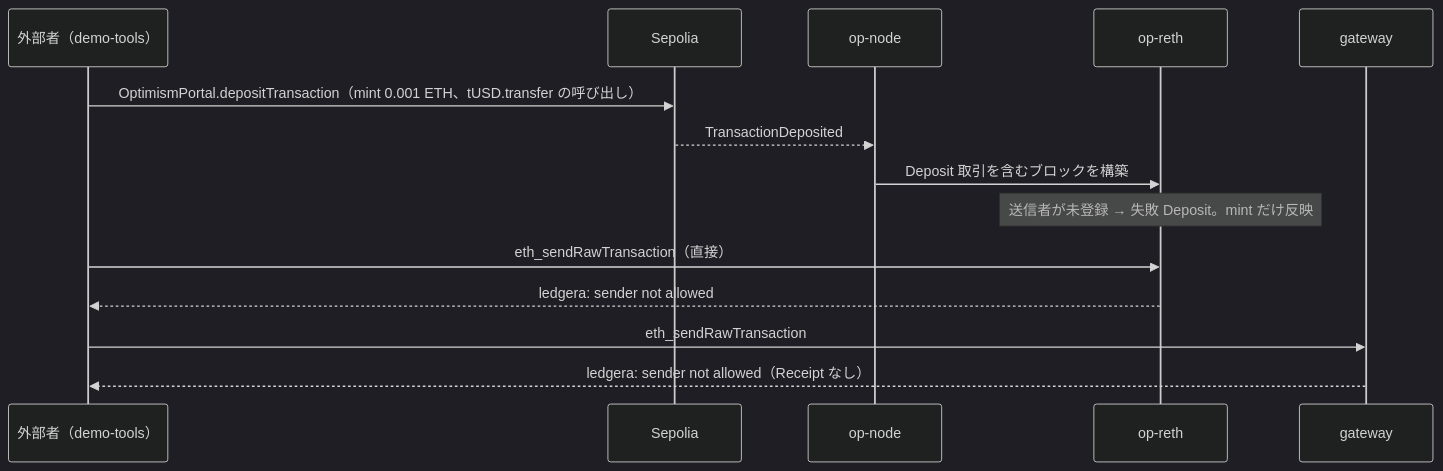
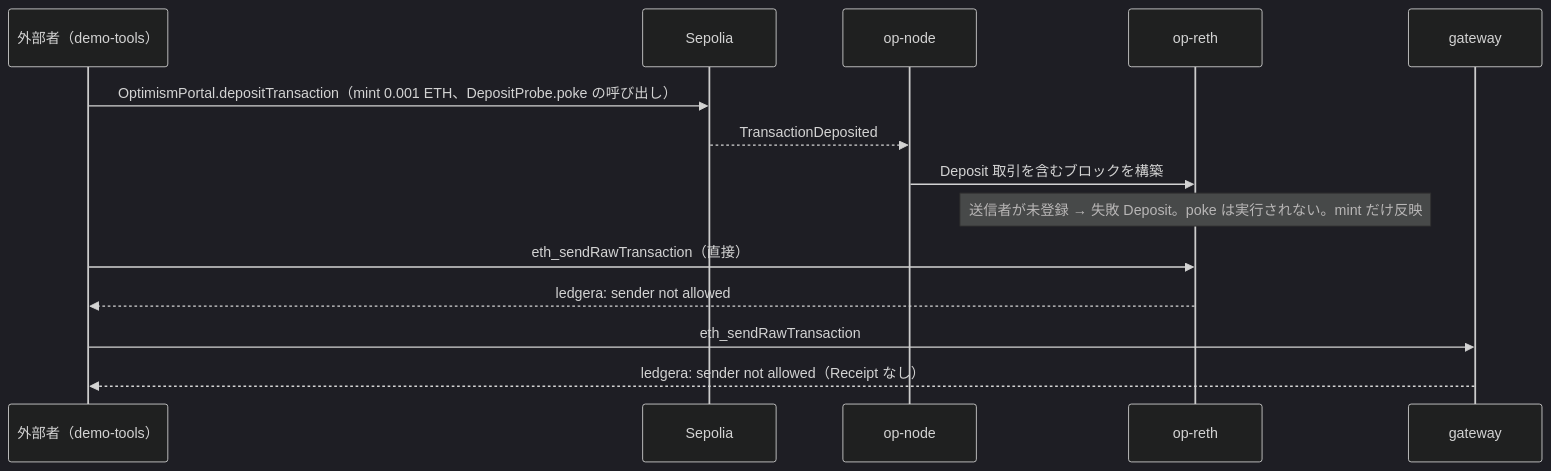
The fourth of 7 diagrams in docs/09-flows.md (kuriyosh/ledger-a), drawn with Mermaid (dark theme) before and after one commit. The commit also changed other lines of this file and 13 other files, not shown here.

Commit message:
docs: add read-only rpc-proxy, DepositProbe, control node, and demo replay to design to close ordering and KYC verification gaps

````diff
--- a/docs/09-flows.md
+++ b/docs/09-flows.md
@@ -183,17 +186,17 @@
 ```mermaid
 sequenceDiagram
   participant AT as 外部者（demo-tools）
   participant L1 as Sepolia
   participant ON as op-node
   participant OR as op-reth
   participant GW as gateway
 
-  AT->>L1: OptimismPortal.depositTransaction（mint 0.001 ETH、tUSD.transfer の呼び出し）
+  AT->>L1: OptimismPortal.depositTransaction（mint 0.001 ETH、DepositProbe.poke の呼び出し）
   L1-->>ON: TransactionDeposited
   ON->>OR: Deposit 取引を含むブロックを構築
-  Note over OR: 送信者が未登録 → 失敗 Deposit。mint だけ反映
+  Note over OR: 送信者が未登録 → 失敗 Deposit。poke は実行されない。mint だけ反映
   AT->>OR: eth_sendRawTransaction（直接）
   OR-->>AT: ledgera: sender not allowed
   AT->>GW: eth_sendRawTransaction
   GW-->>AT: ledgera: sender not allowed（Receipt なし）
 ```
````
